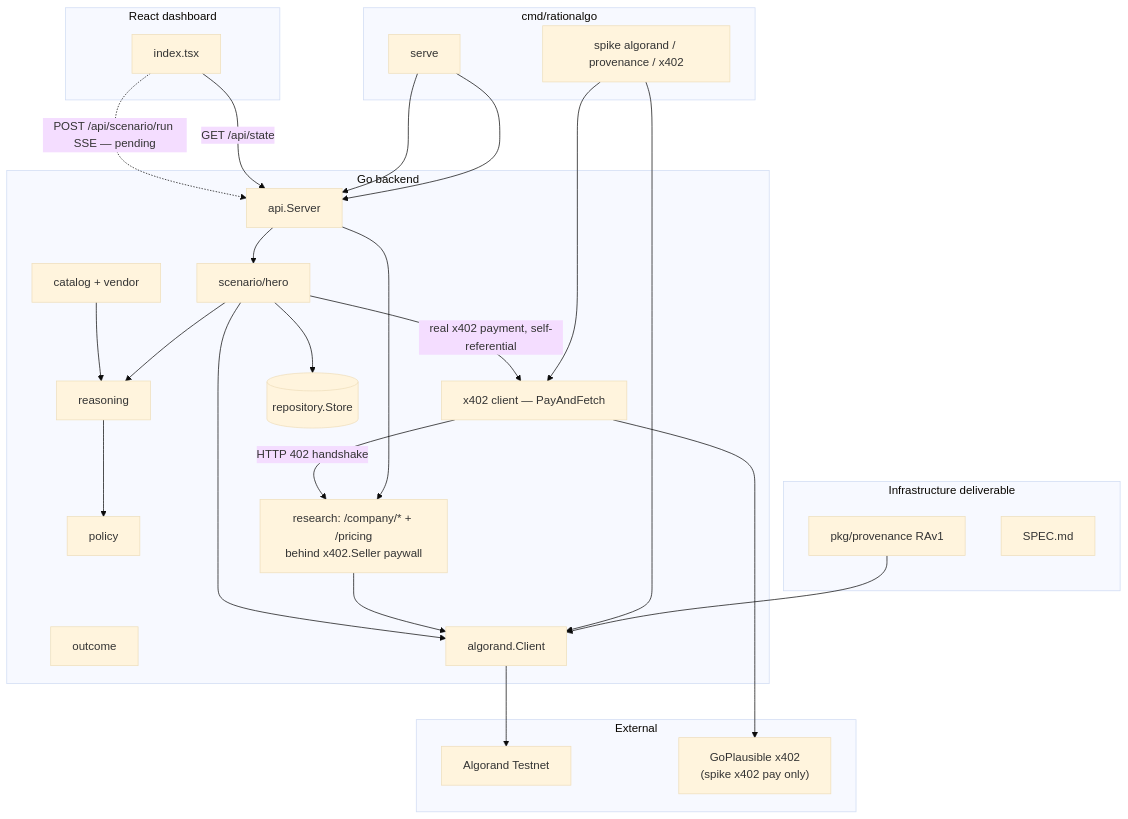
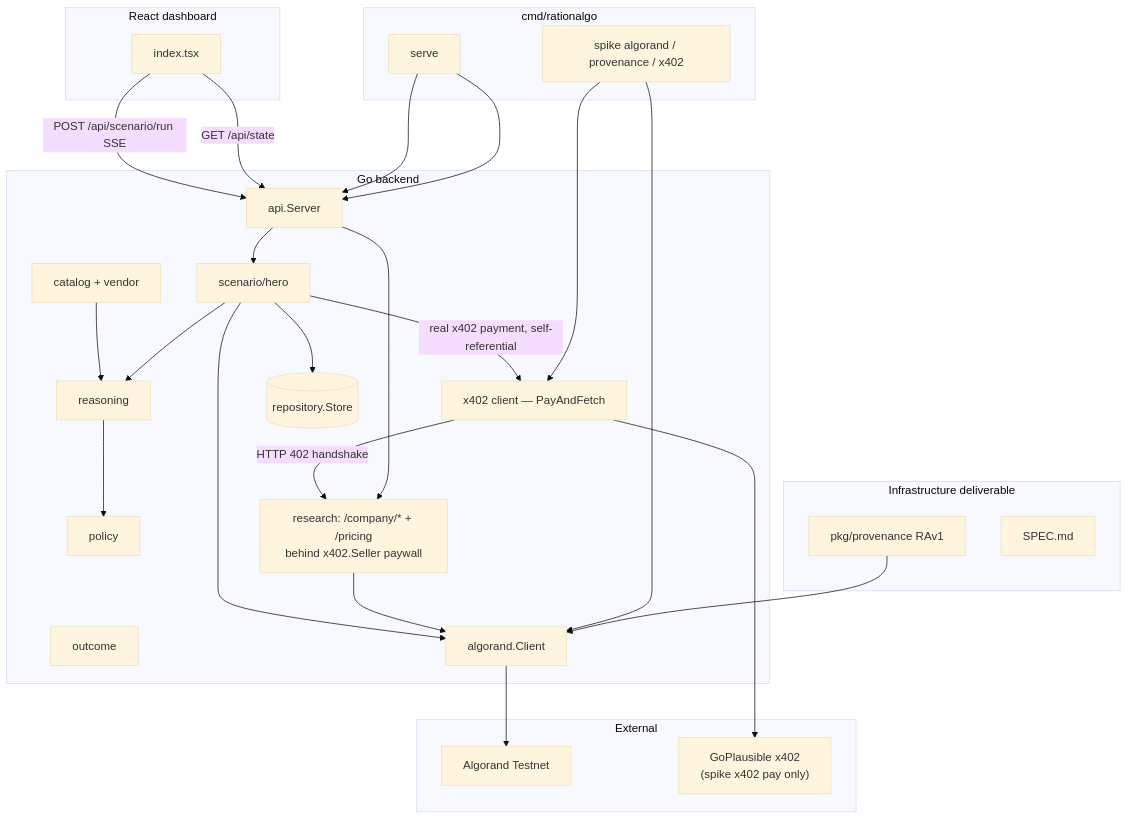
The diagram in README.md (justKMM/algotrust), drawn with Mermaid (base theme) before and after one commit. The commit also changed other lines of this file and 10 other files, not shown here.

````diff
--- a/README.md
+++ b/README.md
@@ -83,48 +85,48 @@
 ```mermaid
 flowchart TB
     subgraph Infra["Infrastructure deliverable"]
         RAv1[pkg/provenance RAv1]
         SPEC[SPEC.md]
     end
 
     subgraph CLI["cmd/rationalgo"]
         SPIKE[spike algorand / provenance / x402]
         SERVE[serve]
     end
 
     subgraph Backend["Go backend"]
         CAT[catalog + vendor]
         REASON[reasoning]
         POL[policy]
         OUT[outcome]
         SCEN[scenario/hero]
         ALG[algorand.Client]
         X402C[x402 client — PayAndFetch]
         RES["research: /company/* + /pricing\nbehind x402.Seller paywall"]
         API[api.Server]
         STORE[(repository.Store)]
     end
 
     subgraph External["External"]
         TN[Algorand Testnet]
         GP["GoPlausible x402\n(spike x402 pay only)"]
     end
 
     subgraph UI["React dashboard"]
         FE[index.tsx]
     end
 
     RAv1 --> ALG
     SPIKE --> ALG --> TN
     SPIKE --> X402C --> GP
     SERVE --> API --> SCEN
     SERVE --> API --> RES
     RES --> ALG
     SCEN --> REASON --> POL
     SCEN --> ALG
     SCEN -->|real x402 payment, self-referential| X402C -->|HTTP 402 handshake| RES
     SCEN --> STORE
     CAT --> REASON
     FE -->|GET /api/state| API
-    FE -.->|POST /api/scenario/run SSE — pending| API
+    FE -->|POST /api/scenario/run SSE| API
 ```
````
